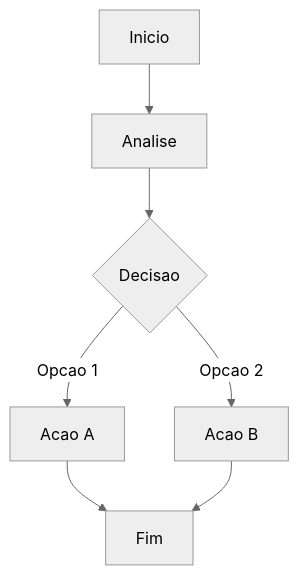
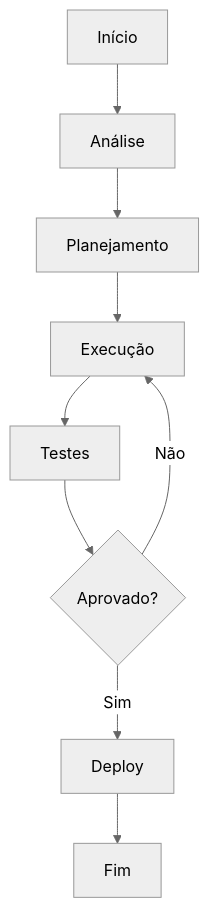
One commit to aleemerich/corp-kb-ai-benchmark changed the diagram in 04-vendas/clientes/cliente-iota-digital-0009.md. Above: the diagram before and after it, drawn with Mermaid (neutral theme). The commit also changed other lines of this file and 10554 other files, not shown here.

````diff
--- a/04-vendas/clientes/cliente-iota-digital-0009.md
+++ b/04-vendas/clientes/cliente-iota-digital-0009.md
@@ -22,9 +15,11 @@
 ```mermaid
 flowchart TD
-    A[Inicio] --> B[Analise]
-    B --> C{Decisao}
-    C -->|Opcao 1| D[Acao A]
-    C -->|Opcao 2| E[Acao B]
-    D --> F[Fim]
-    E --> F
+    A[Início] --> B[Análise]
+    B --> C[Planejamento]
+    C --> D[Execução]
+    D --> E[Testes]
+    E --> F{Aprovado?}
+    F -->|Sim| G[Deploy]
+    F -->|Não| D
+    G --> H[Fim]
 ```
````
